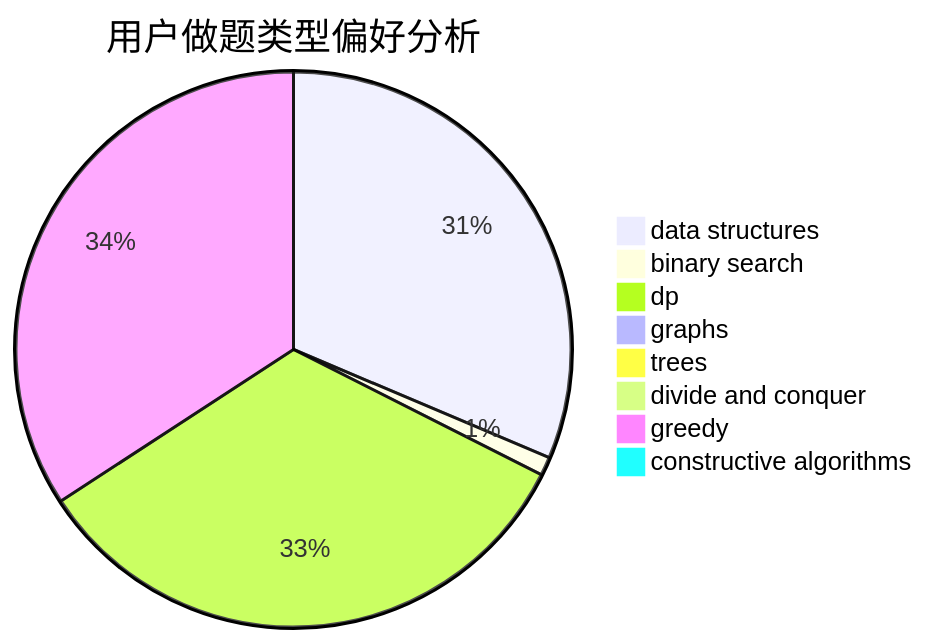
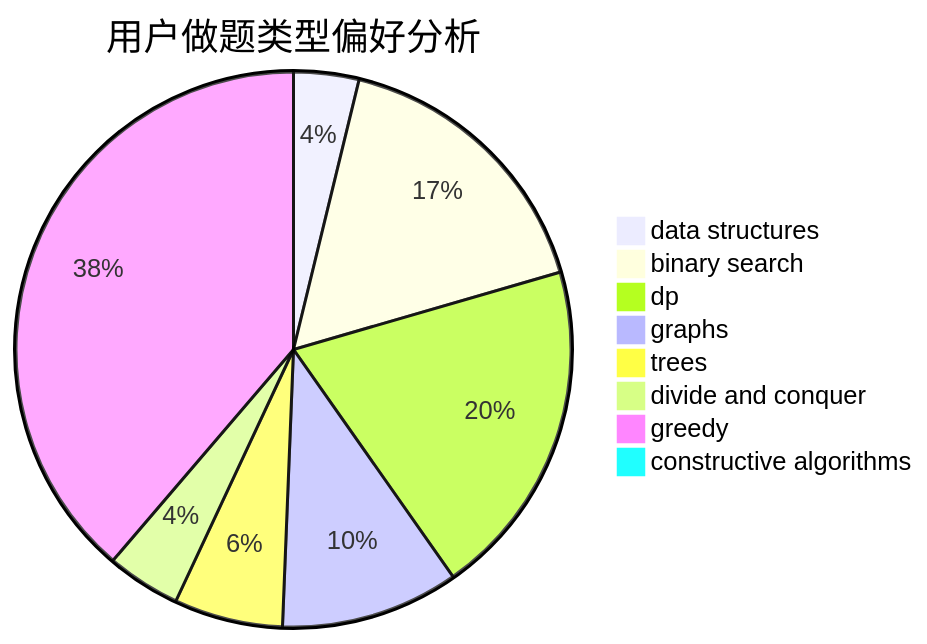
One commit to sherpahu/cfrs.github.io changed the second of 3 diagrams in docs/user/u2381.md. Above: the diagram before and after it, drawn with Mermaid. The commit also changed other lines of this file and 2770 other files, not shown here.

````diff
--- a/docs/user/u2381.md
+++ b/docs/user/u2381.md
@@ -23,11 +23,11 @@
 ```mermaid
 pie title 用户做题类型偏好分析
-    "data structures" :  377
-    "binary search" :  13
-    "dp" :  401
-    "graphs" :  10
-    "trees" :  3
-    "divide and conquer" :  3
-    "greedy" :  411
+    "data structures" :  15
+    "binary search" :  66
+    "dp" :  78
+    "graphs" :  41
+    "trees" :  25
+    "divide and conquer" :  17
+    "greedy" :  153
     "constructive algorithms" :  3
 ```
````
